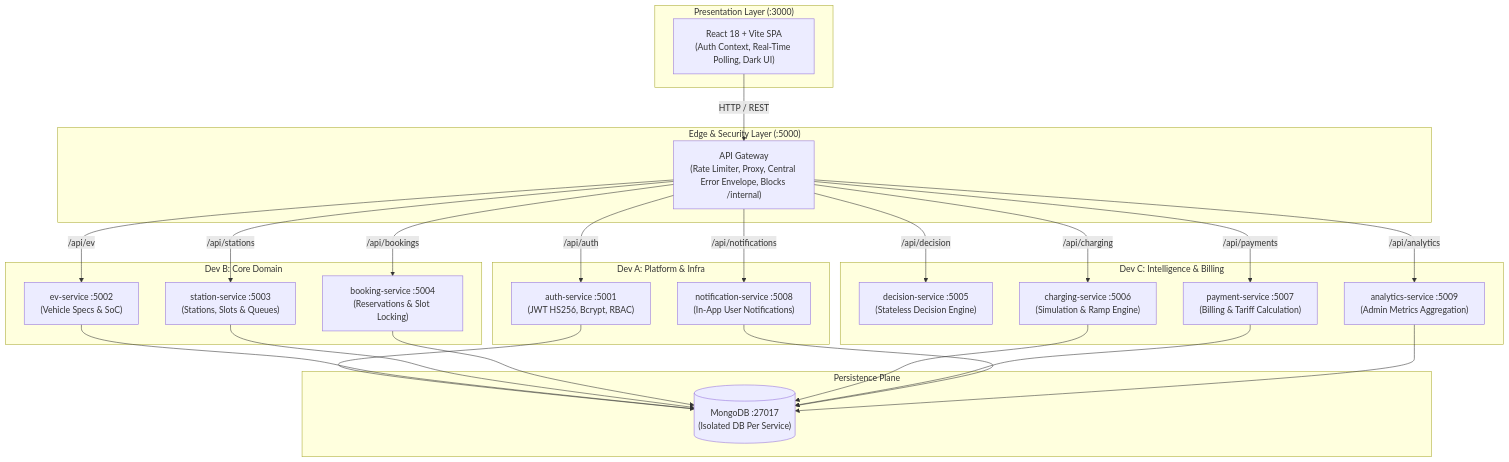
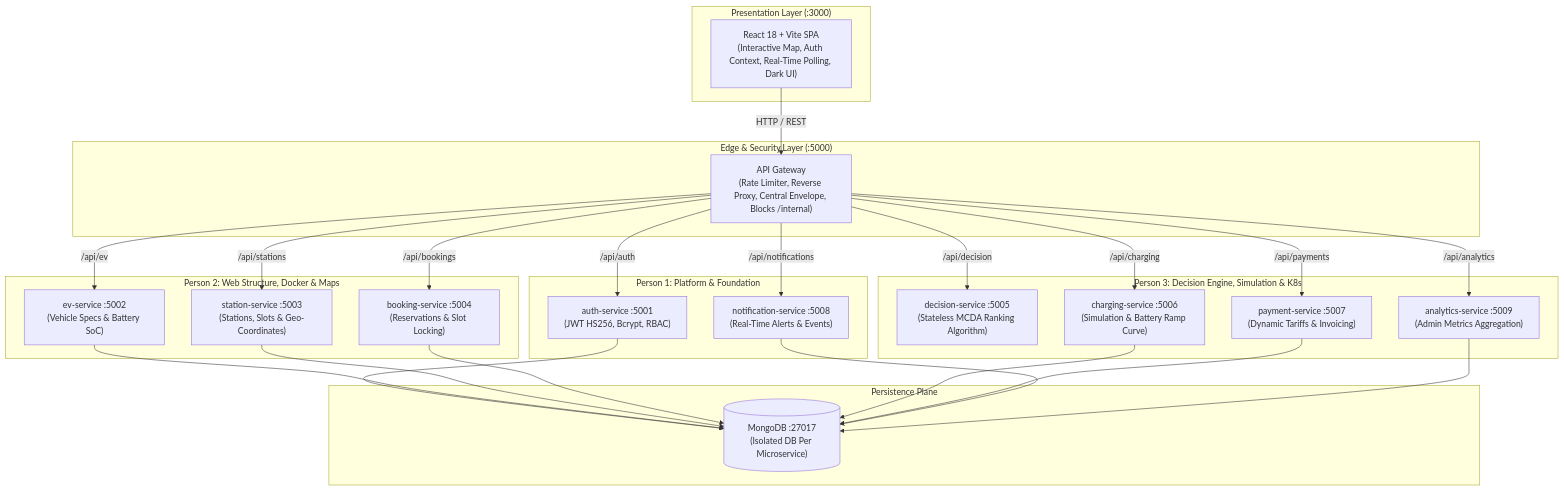
Before and after one commit to classaxar/Autonomous-EV-Charging-System: the diagram in README.md, drawn with Mermaid. The commit also changed other lines of this file, not shown here.

Commit message:
docs: comprehensive update to README with Docker Hub unified repo, team division, and demo credentials

````diff
--- a/README.md
+++ b/README.md
@@ -29,45 +32,45 @@
 ```mermaid
 flowchart TB
     subgraph Clients["Presentation Layer (:3000)"]
-        UI["React 18 + Vite SPA\n(Auth Context, Real-Time Polling, Dark UI)"]
+        UI["React 18 + Vite SPA\n(Interactive Map, Auth Context, Real-Time Polling, Dark UI)"]
     end
 
     subgraph Edge["Edge & Security Layer (:5000)"]
-        GW["API Gateway\n(Rate Limiter, Proxy, Central Error Envelope, Blocks /internal)"]
+        GW["API Gateway\n(Rate Limiter, Reverse Proxy, Central Envelope, Blocks /internal)"]
     end
 
-    subgraph Platform["Dev A: Platform & Infra"]
+    subgraph Platform["Person 1: Platform & Foundation"]
         AUTH["auth-service :5001\n(JWT HS256, Bcrypt, RBAC)"]
-        NOTIF["notification-service :5008\n(In-App User Notifications)"]
+        NOTIF["notification-service :5008\n(Real-Time Alerts & Events)"]
     end
 
-    subgraph CoreDomain["Dev B: Core Domain"]
-        EV["ev-service :5002\n(Vehicle Specs & SoC)"]
-        STATION["station-service :5003\n(Stations, Slots & Queues)"]
+    subgraph CoreDomain["Person 2: Web Structure, Docker & Maps"]
+        EV["ev-service :5002\n(Vehicle Specs & Battery SoC)"]
+        STATION["station-service :5003\n(Stations, Slots & Geo-Coordinates)"]
         BOOKING["booking-service :5004\n(Reservations & Slot Locking)"]
     end
 
-    subgraph Intelligence["Dev C: Intelligence & Billing"]
-        DECISION["decision-service :5005\n(Stateless Decision Engine)"]
-        CHARGING["charging-service :5006\n(Simulation & Ramp Engine)"]
-        PAYMENT["payment-service :5007\n(Billing & Tariff Calculation)"]
+    subgraph Intelligence["Person 3: Decision Engine, Simulation & K8s"]
+        DECISION["decision-service :5005\n(Stateless MCDA Ranking Algorithm)"]
+        CHARGING["charging-service :5006\n(Simulation & Battery Ramp Curve)"]
+        PAYMENT["payment-service :5007\n(Dynamic Tariffs & Invoicing)"]
         ANALYTICS["analytics-service :5009\n(Admin Metrics Aggregation)"]
     end
 
     subgraph Storage["Persistence Plane"]
-        DB[("MongoDB :27017\n(Isolated DB Per Service)")]
+        DB[("MongoDB :27017\n(Isolated DB Per Microservice)")]
     end
 
     UI -->|HTTP / REST| GW
     GW -->|/api/auth| AUTH
     GW -->|/api/ev| EV
     GW -->|/api/stations| STATION
     GW -->|/api/bookings| BOOKING
     GW -->|/api/decision| DECISION
     GW -->|/api/charging| CHARGING
     GW -->|/api/payments| PAYMENT
     GW -->|/api/notifications| NOTIF
     GW -->|/api/analytics| ANALYTICS
 
     AUTH & EV & STATION & BOOKING & CHARGING & PAYMENT & NOTIF & ANALYTICS --> DB
 ```
````
